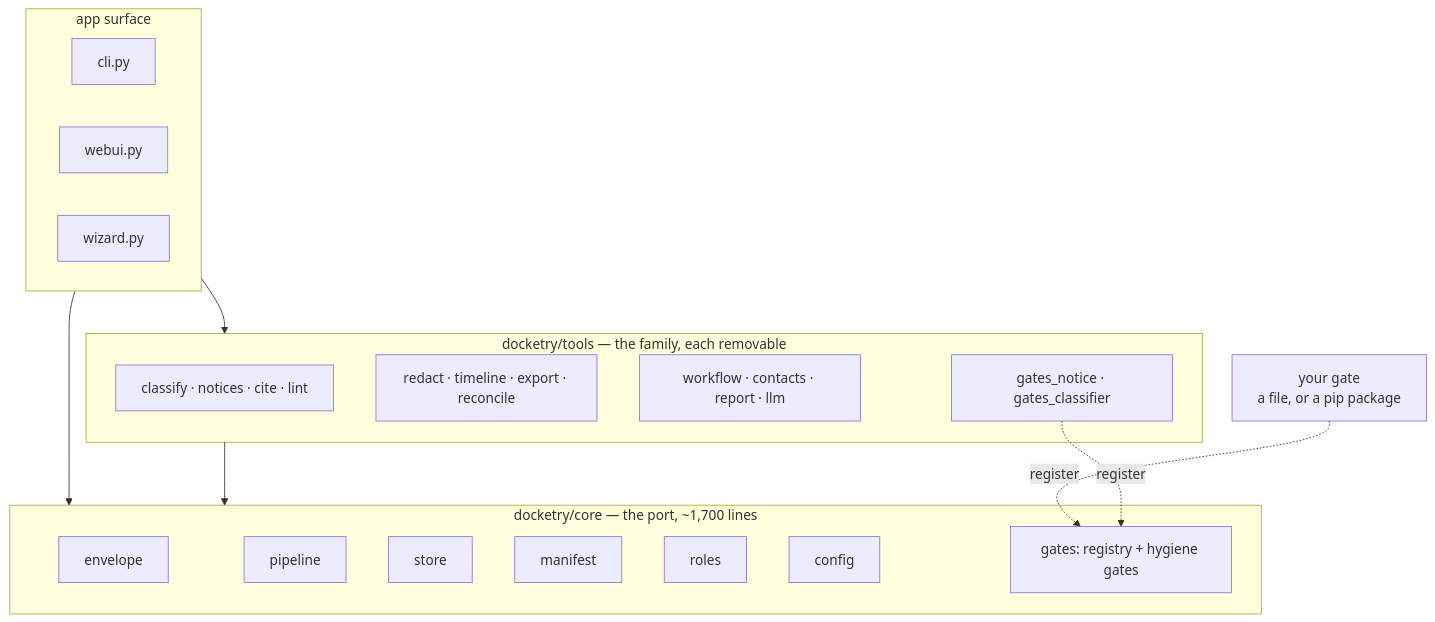
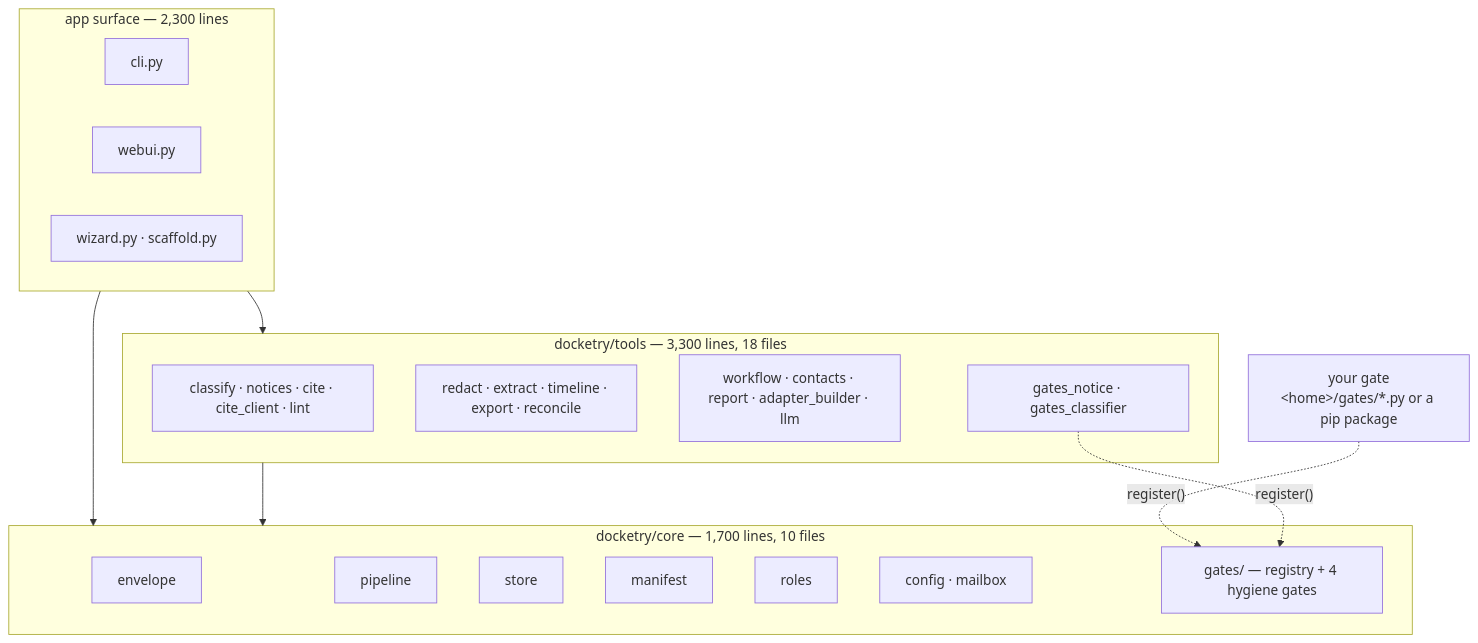
The third of 4 diagrams in ARCHITECTURE.md (harkins-solutions/docketry), drawn with Mermaid before and after one commit. The commit also changed other lines of this file and 20 other files, not shown here.

````diff
--- a/ARCHITECTURE.md
+++ b/ARCHITECTURE.md
@@ -76,28 +70,28 @@
 ```mermaid
 flowchart TD
-  subgraph APP["app surface"]
+  subgraph APP["app surface — 2,300 lines"]
     CLI["cli.py"]
     UI["webui.py"]
-    WIZ["wizard.py"]
+    WIZ["wizard.py · scaffold.py"]
   end
-  subgraph TOOLS["docketry/tools — the family, each removable"]
-    T1["classify · notices · cite · lint"]
-    T2["redact · timeline · export · reconcile"]
-    T3["workflow · contacts · report · llm"]
+  subgraph TOOLS["docketry/tools — 3,300 lines, 18 files"]
+    T1["classify · notices · cite · cite_client · lint"]
+    T2["redact · extract · timeline · export · reconcile"]
+    T3["workflow · contacts · report · adapter_builder · llm"]
     TG["gates_notice · gates_classifier"]
   end
-  subgraph CORE["docketry/core — the port, ~1,700 lines"]
+  subgraph CORE["docketry/core — 1,700 lines, 10 files"]
     E["envelope"]
     P["pipeline"]
     S["store"]
     M["manifest"]
     R["roles"]
-    C["config"]
-    GR["gates: registry + hygiene gates"]
+    C["config · mailbox"]
+    GR["gates/ — registry + 4 hygiene gates"]
   end
-  YOURS["your gate<br/>a file, or a pip package"] -.->|"register"| GR
+  YOURS["your gate<br/>&lt;home&gt;/gates/*.py or a pip package"] -.->|"register()"| GR
+  TG -.->|"register()"| GR
   APP --> TOOLS
   APP --> CORE
   TOOLS --> CORE
-  TG -.->|"register"| GR
 ```
````
